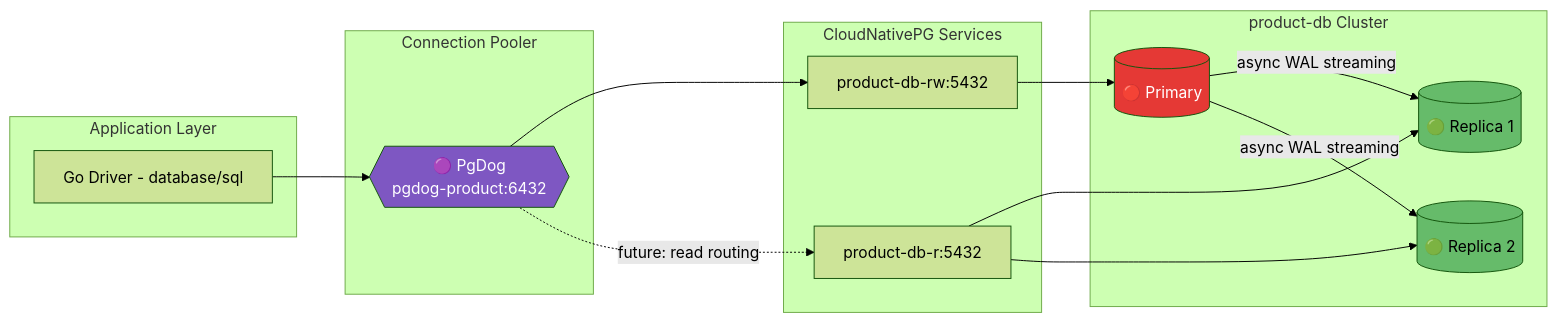
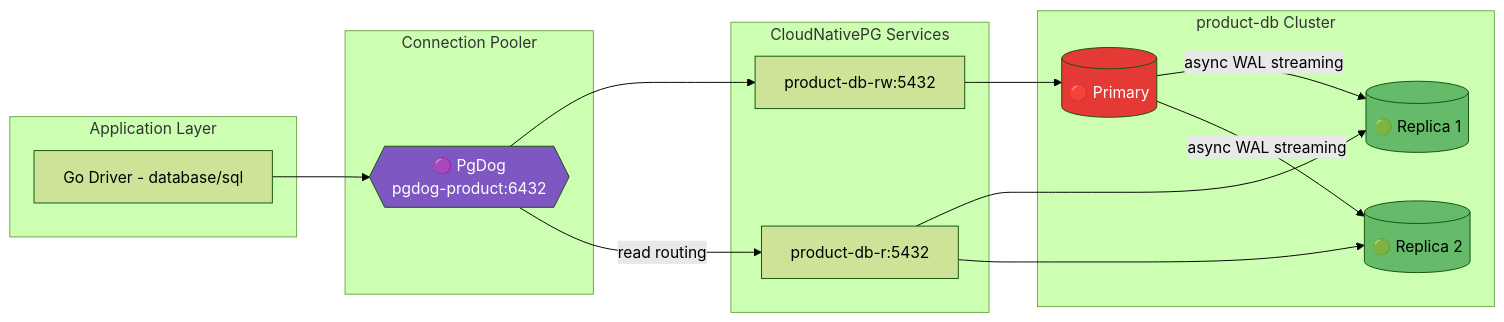
One commit to duynhlab/homelab changed the sixth of 6 diagrams in kubernetes/infra/configs/databases/clusters/README.md. Above: the diagram before and after it, drawn with Mermaid (forest theme). The commit also changed other lines of this file and 15 other files, not shown here.

````diff
--- a/kubernetes/infra/configs/databases/clusters/README.md
+++ b/kubernetes/infra/configs/databases/clusters/README.md
@@ -500,35 +492,35 @@
 ```mermaid
 flowchart LR
     subgraph App["Application Layer"]
         Driver["Go Driver - database/sql"]
     end
 
     subgraph Pooler["Connection Pooler"]
         PgDog{{"🟣 PgDog<br/>pgdog-product:6432"}}
     end
 
     subgraph CNPG["CloudNativePG Services"]
         RW["product-db-rw:5432"]
         R["product-db-r:5432"]
     end
 
     subgraph Cluster["product-db Cluster"]
         Primary[("🔴 Primary")]
         Replica1[("🟢 Replica 1")]
         Replica2[("🟢 Replica 2")]
     end
 
     Driver --> PgDog
     PgDog --> RW
-    PgDog -.->|"future: read routing"| R
+    PgDog -->|"read routing"| R
     RW --> Primary
     R --> Replica1
     R --> Replica2
     Primary -->|"async WAL streaming"| Replica1
     Primary -->|"async WAL streaming"| Replica2
     
     style Primary fill:#E53935,color:#fff
     style Replica1 fill:#66BB6A
     style Replica2 fill:#66BB6A
     style PgDog fill:#7E57C2,color:#fff
 ```
````
